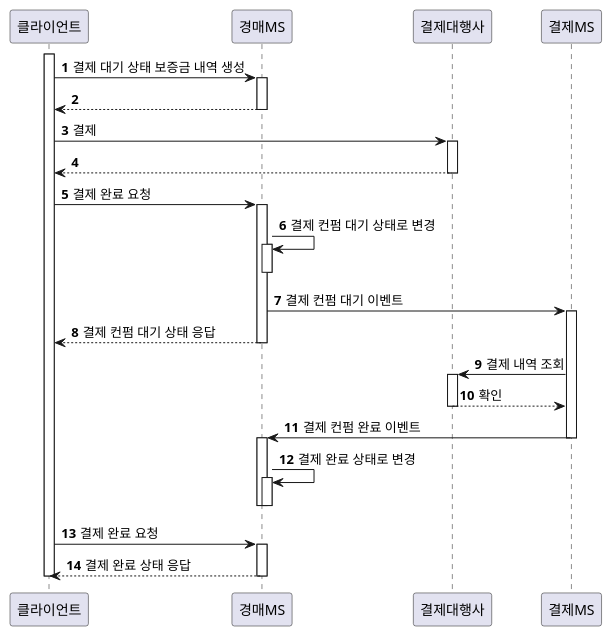
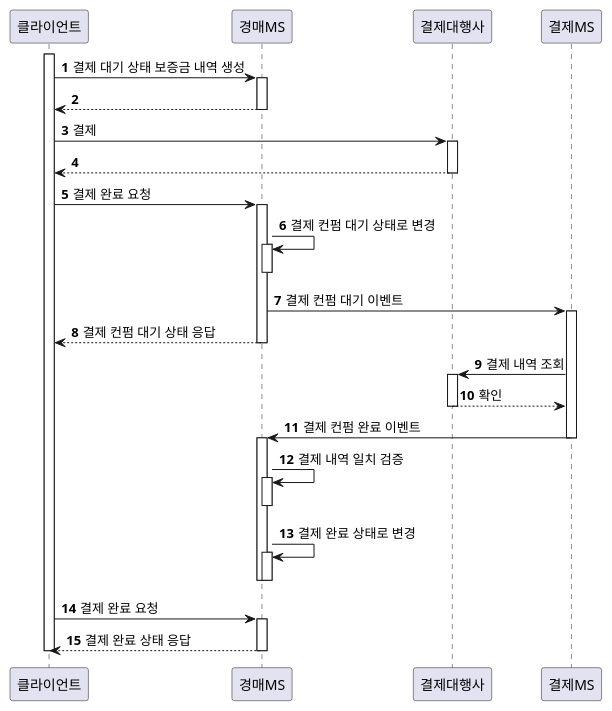
The diagram in diagram/deposit/deposit_seq.puml (p-ser/p-ser-payment), drawn with PlantUML before and after one commit. The commit also changed 3 other files, not shown here.

```diff
--- a/diagram/deposit/deposit_seq.puml
+++ b/diagram/deposit/deposit_seq.puml
@@ -1,40 +1,43 @@
 @startuml
 autonumber
 participant 클라이언트
 
 activate 클라이언트
 클라이언트 -> 경매MS: 결제 대기 상태 보증금 내역 생성
     activate 경매MS
     경매MS --> 클라이언트
     deactivate 경매MS
 클라이언트 -> 결제대행사: 결제
     activate 결제대행사
     결제대행사 --> 클라이언트
     deactivate 결제대행사
 
 클라이언트 -> 경매MS: 결제 완료 요청
     activate 경매MS
     경매MS -> 경매MS: 결제 컨펌 대기 상태로 변경
         activate 경매MS
         deactivate 경매MS
     경매MS -> 결제MS: 결제 컨펌 대기 이벤트
         activate 결제MS
     경매MS --> 클라이언트: 결제 컨펌 대기 상태 응답
     deactivate 경매MS
     결제MS -> 결제대행사: 결제 내역 조회
         activate 결제대행사
         결제대행사 --> 결제MS: 확인
         deactivate 결제대행사
     결제MS -> 경매MS: 결제 컨펌 완료 이벤트
     deactivate 결제MS
         activate 경매MS
+        경매MS -> 경매MS: 결제 내역 일치 검증
+            activate 경매MS
+            deactivate 경매MS
         경매MS -> 경매MS: 결제 완료 상태로 변경
             activate 경매MS
             deactivate 경매MS
         deactivate 경매MS
 클라이언트 -> 경매MS: 결제 완료 요청
     activate 경매MS
     경매MS --> 클라이언트: 결제 완료 상태 응답
     deactivate 경매MS
 deactivate 클라이언트
 @enduml
```
